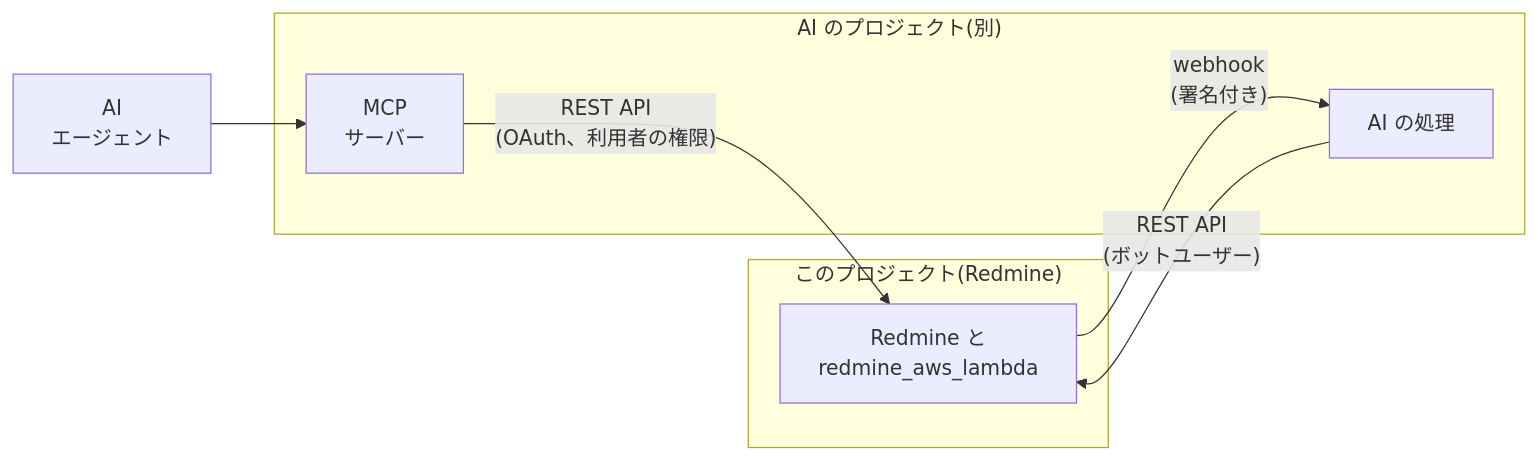
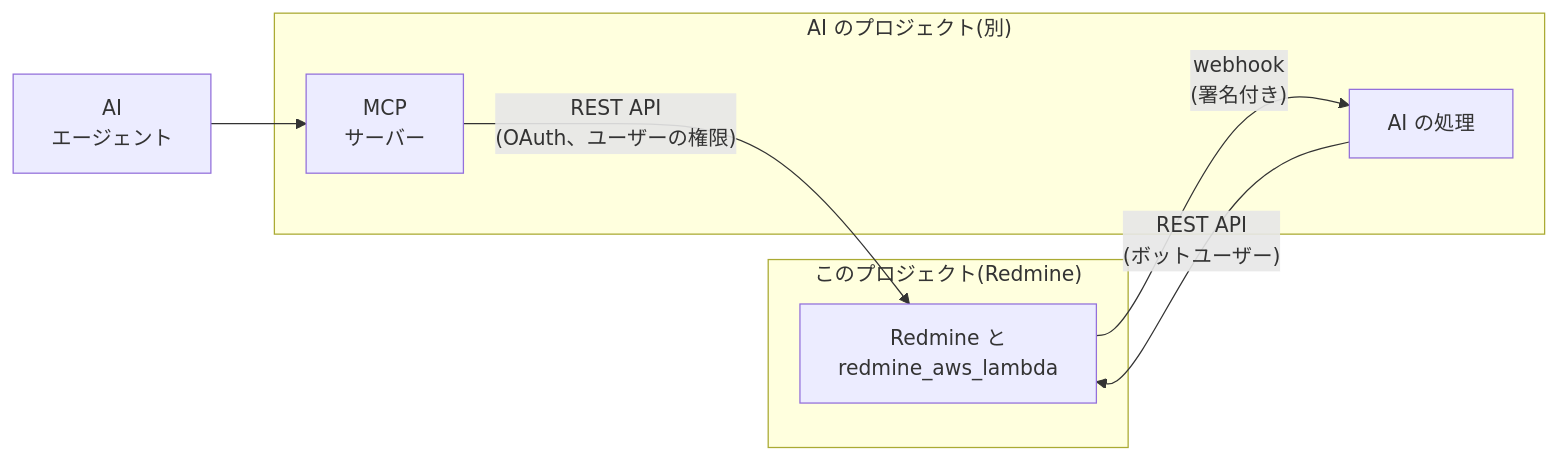
One commit to redmine-kit/serverless changed the diagram in docs/ja/ai.md. Above: the diagram before and after it, drawn with Mermaid. The commit also changed other lines of this file and 3 other files, not shown here.

````diff
--- a/docs/ja/ai.md
+++ b/docs/ja/ai.md
@@ -15,16 +15,16 @@
 ```mermaid
 flowchart LR
   subgraph this["このプロジェクト(Redmine)"]
     redmine["Redmine と<br>redmine_aws_lambda"]
   end
   subgraph ai["AI のプロジェクト(別)"]
     worker["AI の処理"]
     mcp["MCP<br>サーバー"]
   end
   agent["AI<br>エージェント"]
 
   redmine -- "webhook<br>(署名付き)" --> worker
   worker -- "REST API<br>(ボットユーザー)" --> redmine
   agent --> mcp
-  mcp -- "REST API<br>(OAuth、利用者の権限)" --> redmine
+  mcp -- "REST API<br>(OAuth、ユーザーの権限)" --> redmine
 ```
````
